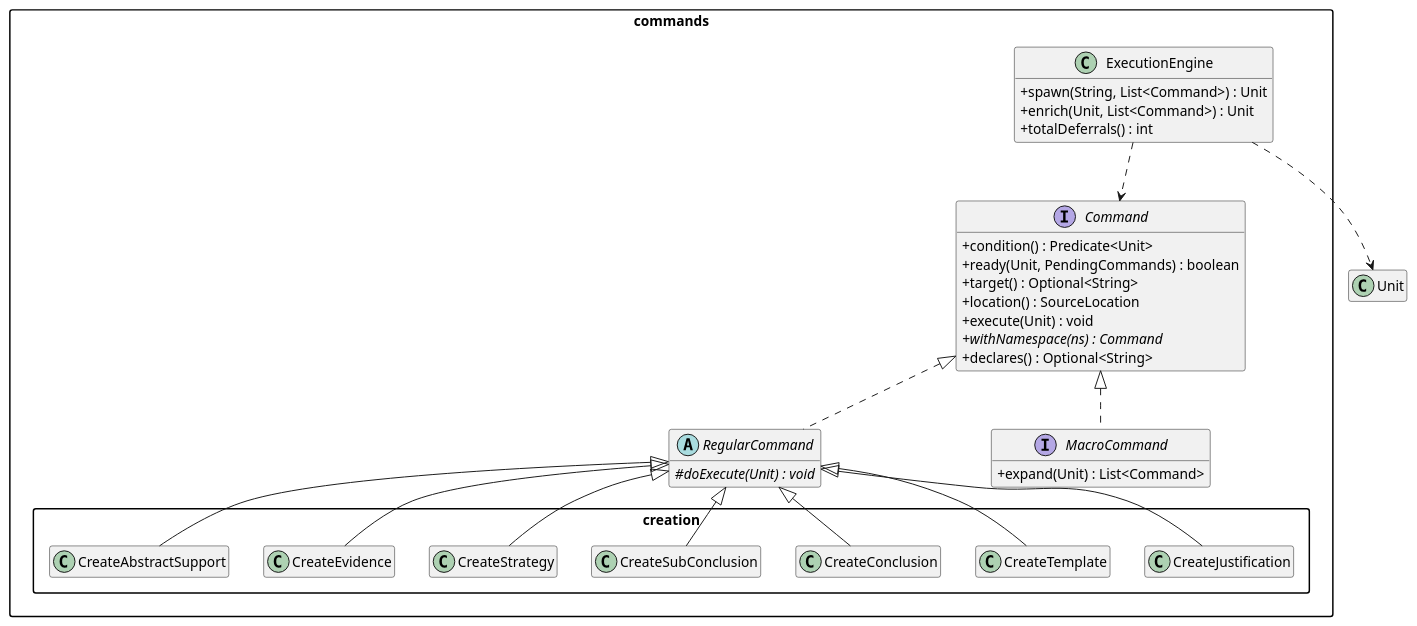
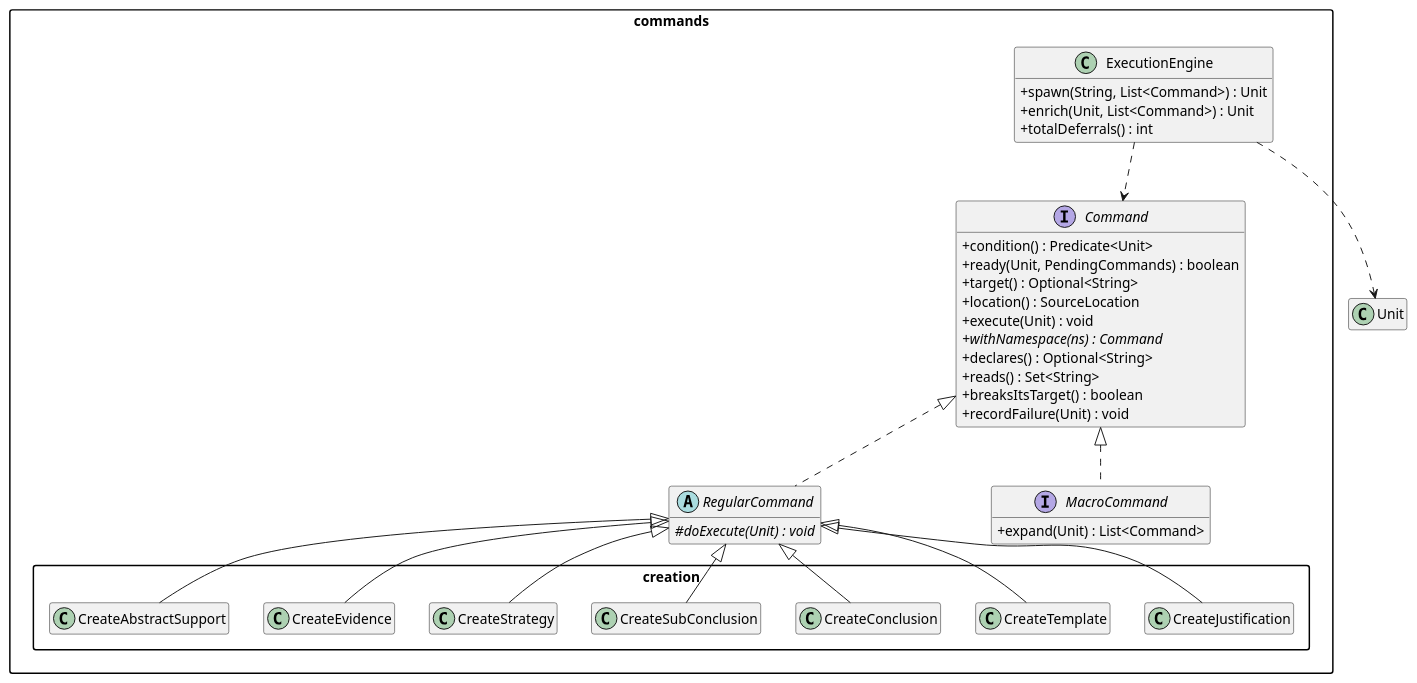
The second of 3 diagrams in docs/design/model.md (jpipe-mcscert/jpipe-compiler), drawn with PlantUML before and after one commit. The commit also changed other lines of this file and 9 other files, not shown here.

````diff
--- a/docs/design/model.md
+++ b/docs/design/model.md
@@ -169,62 +174,65 @@
 ```plantuml
 @startuml commands
 
 skinparam packageStyle rectangle
 skinparam classAttributeIconSize 0
 hide empty members
 
 ' Stub
 class Unit
 
 package "commands" {
 
   interface Command {
     + condition() : Predicate<Unit>
     + ready(Unit, PendingCommands) : boolean
     + target() : Optional<String>
     + location() : SourceLocation
     + execute(Unit) : void
     + {abstract} withNamespace(ns) : Command
     + declares() : Optional<String>
+    + reads() : Set<String>
+    + breaksItsTarget() : boolean
+    + recordFailure(Unit) : void
   }
 
   abstract class RegularCommand {
     # {abstract} doExecute(Unit) : void
   }
 
   interface MacroCommand {
     + expand(Unit) : List<Command>
   }
 
   class ExecutionEngine {
     + spawn(String, List<Command>) : Unit
     + enrich(Unit, List<Command>) : Unit
     + totalDeferrals() : int
   }
 
   Command <|.. RegularCommand
   Command <|.. MacroCommand
   ExecutionEngine ..> Command
   ExecutionEngine ..> Unit
 }
 
 package "commands.creation" {
   class CreateJustification
   class CreateTemplate
   class CreateConclusion
   class CreateSubConclusion
   class CreateStrategy
   class CreateEvidence
   class CreateAbstractSupport
 
   RegularCommand <|-- CreateJustification
   RegularCommand <|-- CreateTemplate
   RegularCommand <|-- CreateConclusion
   RegularCommand <|-- CreateSubConclusion
   RegularCommand <|-- CreateStrategy
   RegularCommand <|-- CreateEvidence
   RegularCommand <|-- CreateAbstractSupport
 }
 
 @enduml
 ```
````
